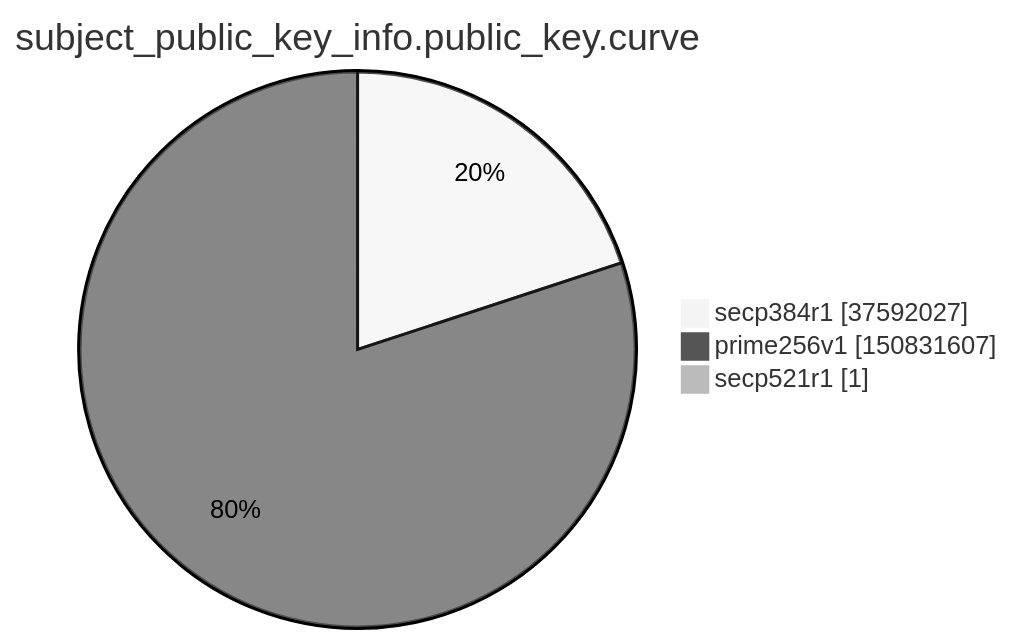
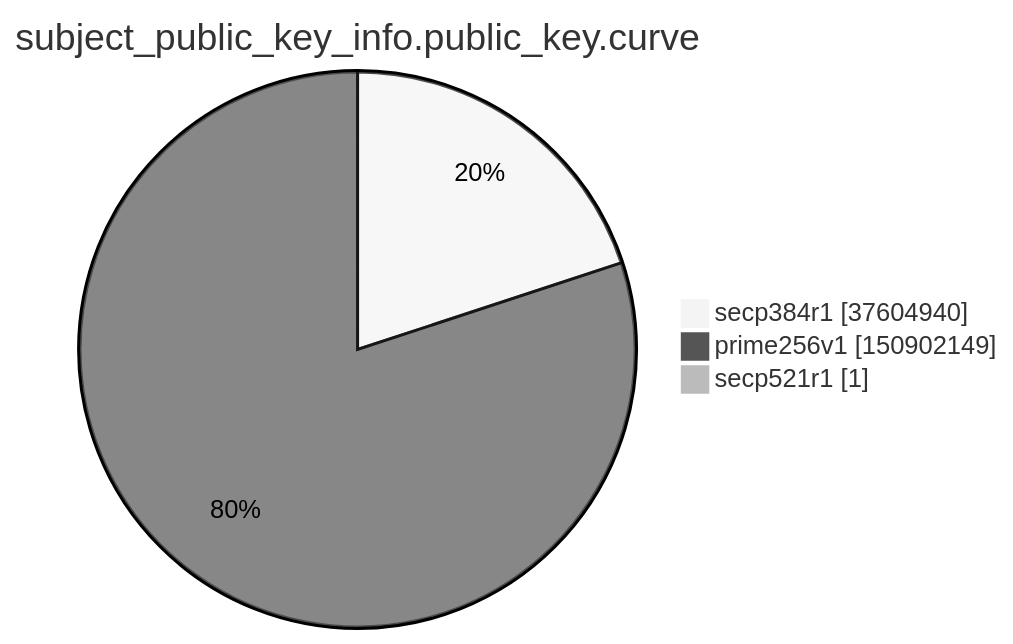
One commit to christiankrug/ctmonitor_visualization changed the ninth of 15 diagrams in xenon2022/README.md. Above: the diagram before and after it, drawn with Mermaid (neutral theme). The commit also changed other lines of this file, not shown here.

````diff
--- a/xenon2022/README.md
+++ b/xenon2022/README.md
@@ -2858,7 +2858,7 @@
 ```mermaid
 pie showData
 title subject_public_key_info.public_key.curve
-"secp384r1" :37592027
-"prime256v1" :150831607
+"secp384r1" :37604940
+"prime256v1" :150902149
 "secp521r1" :1
 ```
````
